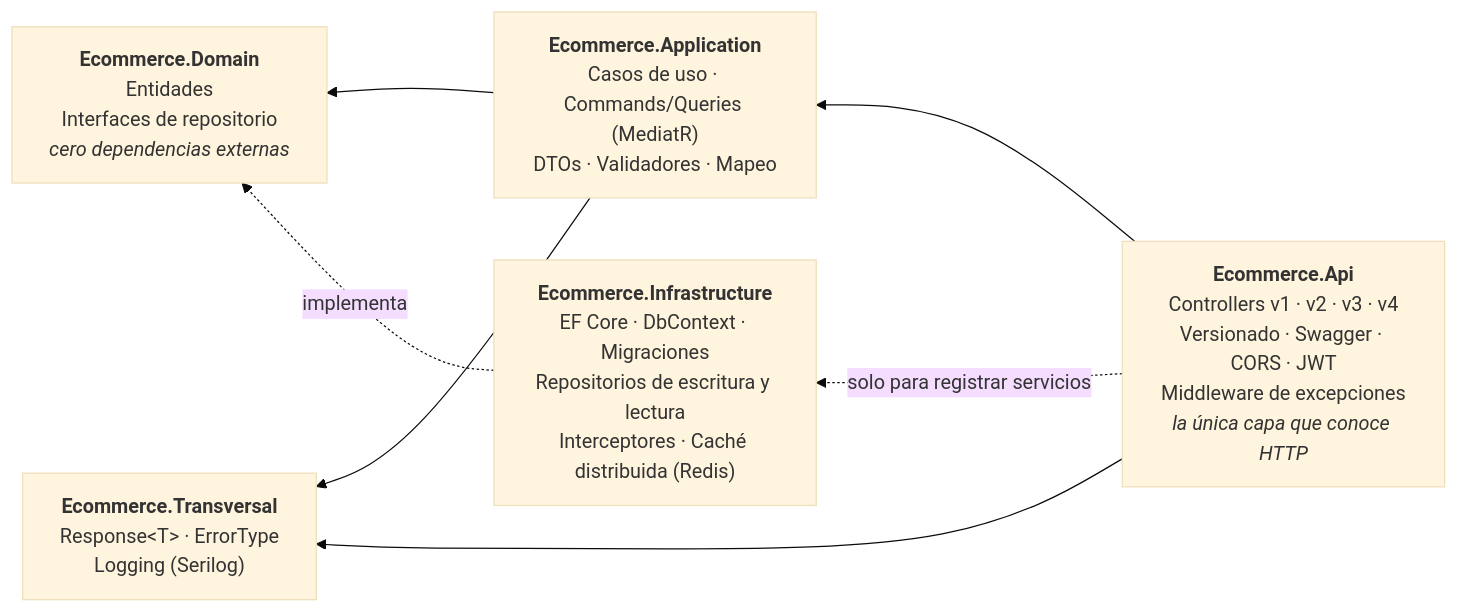
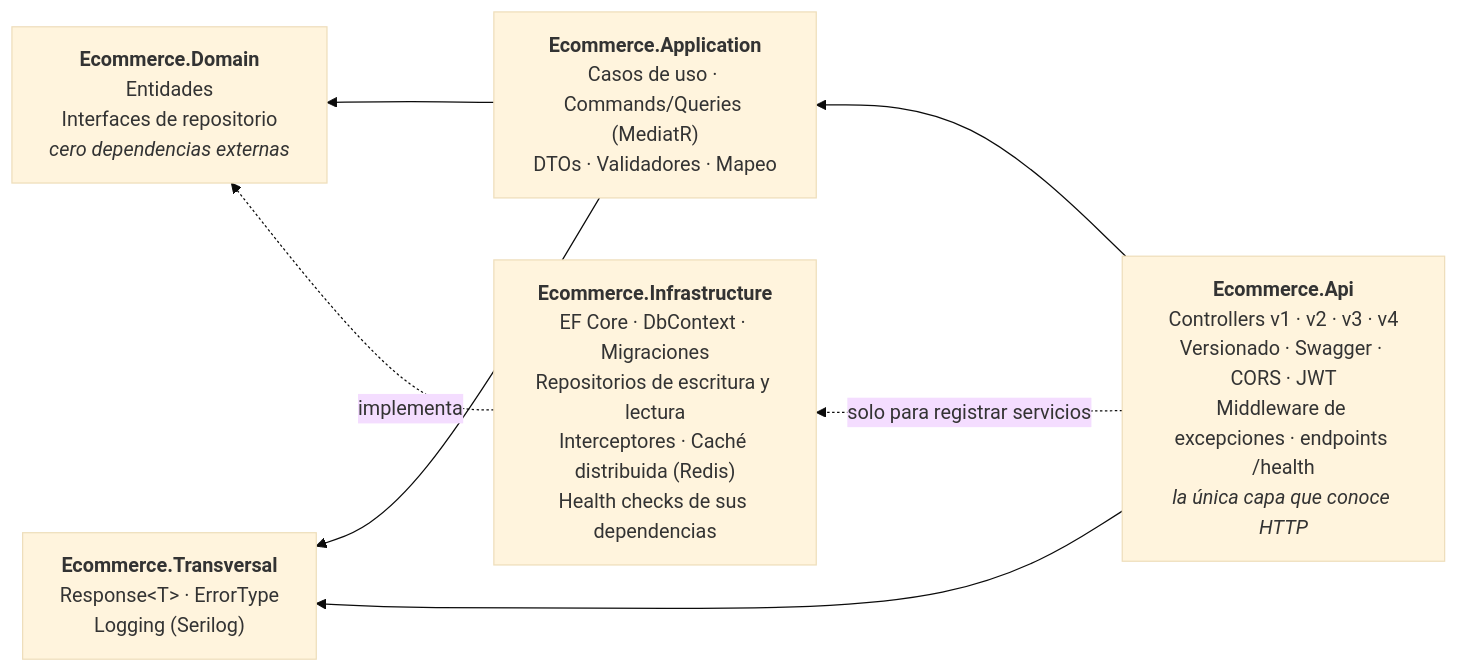
The diagram in README.md (rubendevvalencia/BackendPortfolio), drawn with Mermaid (base theme) before and after one commit. The commit also changed other lines of this file, not shown here.

````diff
--- a/README.md
+++ b/README.md
@@ -62,15 +62,15 @@
 ```mermaid
 flowchart RL
-    API["<b>Ecommerce.Api</b><br/>Controllers v1 · v2 · v3 · v4<br/>Versionado · Swagger · CORS · JWT<br/>Middleware de excepciones<br/><i>la única capa que conoce HTTP</i>"]
+    API["<b>Ecommerce.Api</b><br/>Controllers v1 · v2 · v3 · v4<br/>Versionado · Swagger · CORS · JWT<br/>Middleware de excepciones · endpoints /health<br/><i>la única capa que conoce HTTP</i>"]
     APP["<b>Ecommerce.Application</b><br/>Casos de uso · Commands/Queries (MediatR)<br/>DTOs · Validadores · Mapeo"]
     DOM["<b>Ecommerce.Domain</b><br/>Entidades<br/>Interfaces de repositorio<br/><i>cero dependencias externas</i>"]
-    INF["<b>Ecommerce.Infrastructure</b><br/>EF Core · DbContext · Migraciones<br/>Repositorios de escritura y lectura<br/>Interceptores · Caché distribuida (Redis)"]
+    INF["<b>Ecommerce.Infrastructure</b><br/>EF Core · DbContext · Migraciones<br/>Repositorios de escritura y lectura<br/>Interceptores · Caché distribuida (Redis)<br/>Health checks de sus dependencias"]
     TRA["<b>Ecommerce.Transversal</b><br/>Response&lt;T&gt; · ErrorType<br/>Logging (Serilog)"]
 
     API --> APP
     APP --> DOM
     INF -.->|implementa| DOM
     API -.->|solo para registrar servicios| INF
     APP --> TRA
     API --> TRA
 ```
````
